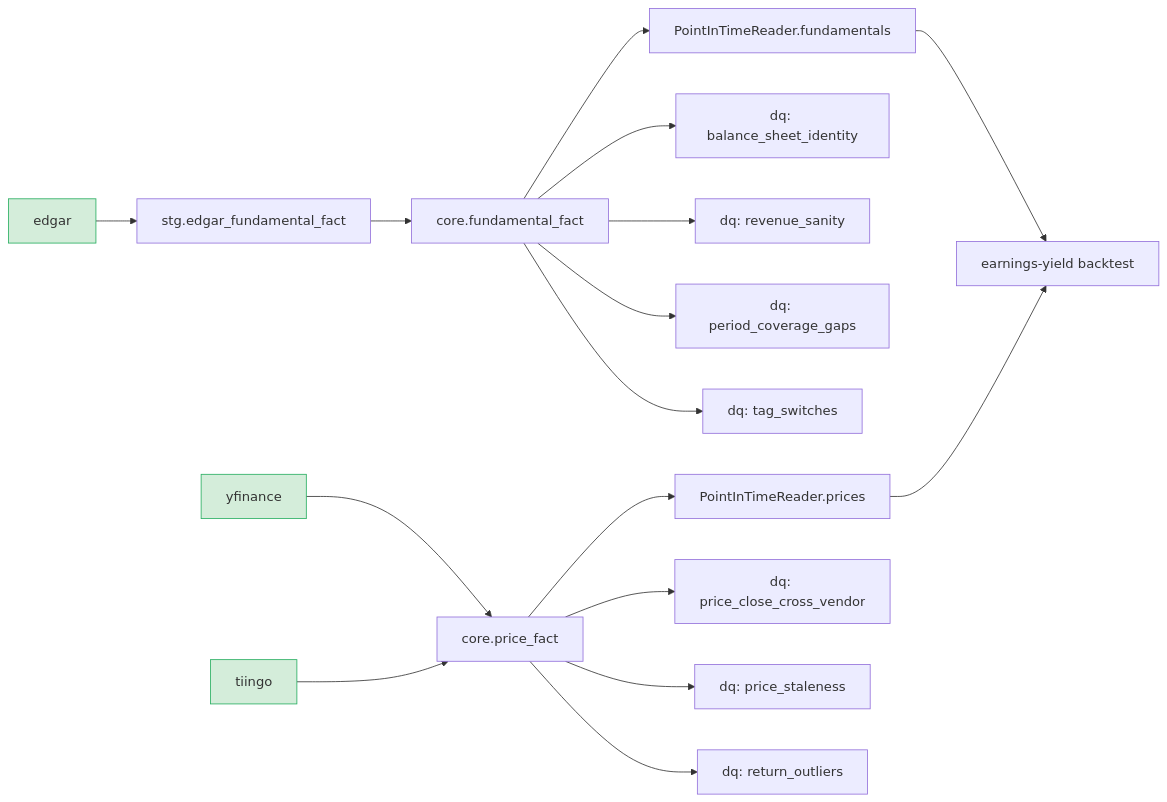
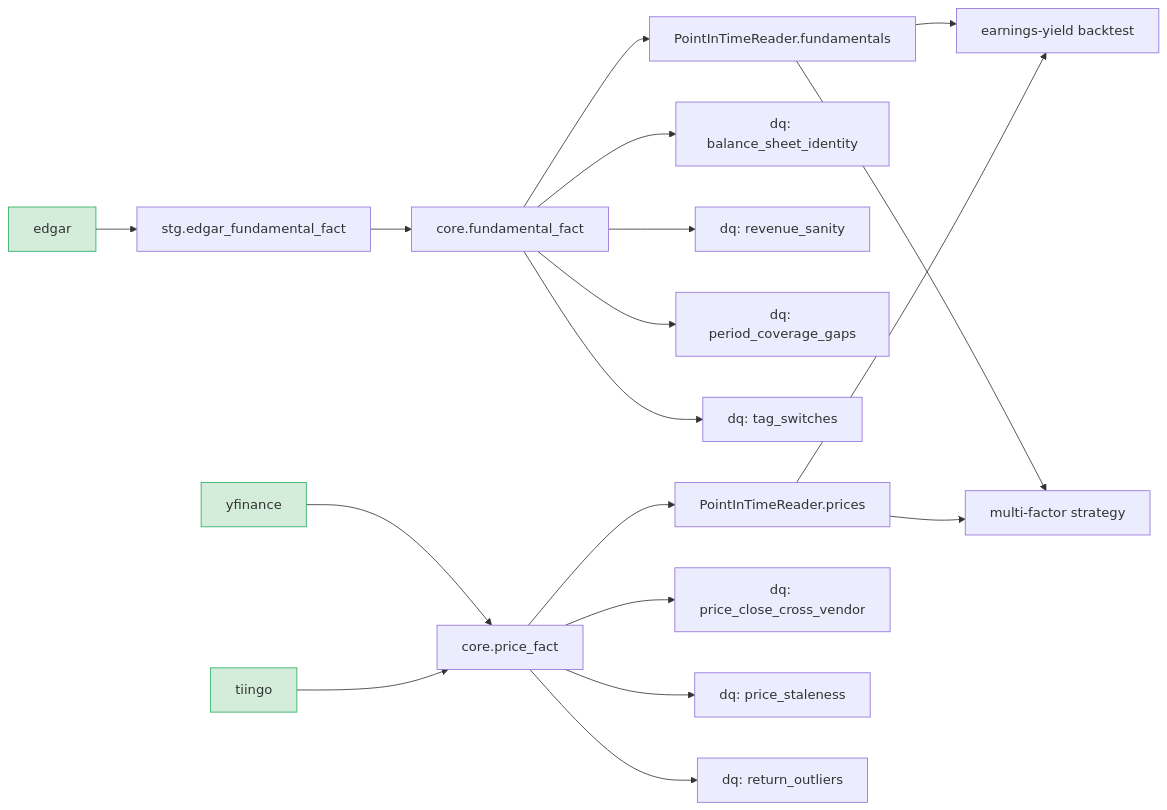
One commit to winstongarth/point-in-time-datawarehouse changed the diagram in docs/dependency_dag.md. Above: the diagram before and after it, drawn with Mermaid. The commit also changed 15 other files, not shown here.

Commit message:
add new multi-factor earnings strategy backtest

````diff
--- a/docs/dependency_dag.md
+++ b/docs/dependency_dag.md
@@ -5,21 +5,23 @@
 ```mermaid
 flowchart LR
-    n12["edgar"] --> n13["stg.edgar_fundamental_fact"]
-    n13["stg.edgar_fundamental_fact"] --> n2["core.fundamental_fact"]
+    n12["edgar"] --> n14["stg.edgar_fundamental_fact"]
+    n14["stg.edgar_fundamental_fact"] --> n2["core.fundamental_fact"]
     n2["core.fundamental_fact"] --> n0["PointInTimeReader.fundamentals"]
     n2["core.fundamental_fact"] --> n4["dq: balance_sheet_identity"]
     n2["core.fundamental_fact"] --> n9["dq: revenue_sanity"]
     n2["core.fundamental_fact"] --> n5["dq: period_coverage_gaps"]
     n2["core.fundamental_fact"] --> n10["dq: tag_switches"]
-    n15["yfinance"] --> n3["core.price_fact"]
-    n14["tiingo"] --> n3["core.price_fact"]
+    n16["yfinance"] --> n3["core.price_fact"]
+    n15["tiingo"] --> n3["core.price_fact"]
     n3["core.price_fact"] --> n1["PointInTimeReader.prices"]
     n3["core.price_fact"] --> n6["dq: price_close_cross_vendor"]
     n3["core.price_fact"] --> n7["dq: price_staleness"]
     n3["core.price_fact"] --> n8["dq: return_outliers"]
     n0["PointInTimeReader.fundamentals"] --> n11["earnings-yield backtest"]
+    n0["PointInTimeReader.fundamentals"] --> n13["multi-factor strategy"]
     n1["PointInTimeReader.prices"] --> n11["earnings-yield backtest"]
+    n1["PointInTimeReader.prices"] --> n13["multi-factor strategy"]
     style n12 fill:#d4edda,stroke:#27ae60
-    style n14 fill:#d4edda,stroke:#27ae60
     style n15 fill:#d4edda,stroke:#27ae60
+    style n16 fill:#d4edda,stroke:#27ae60
 ```
````
